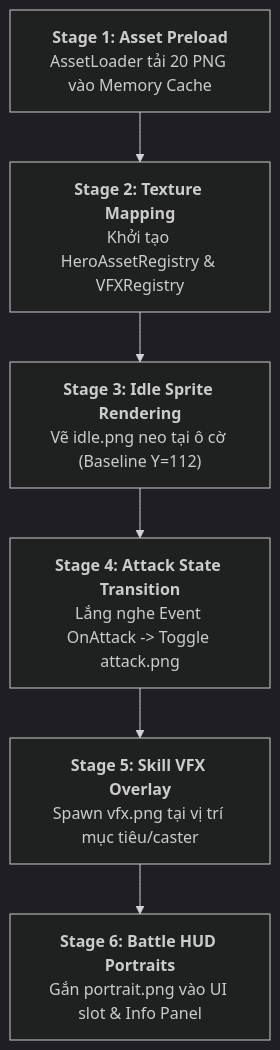
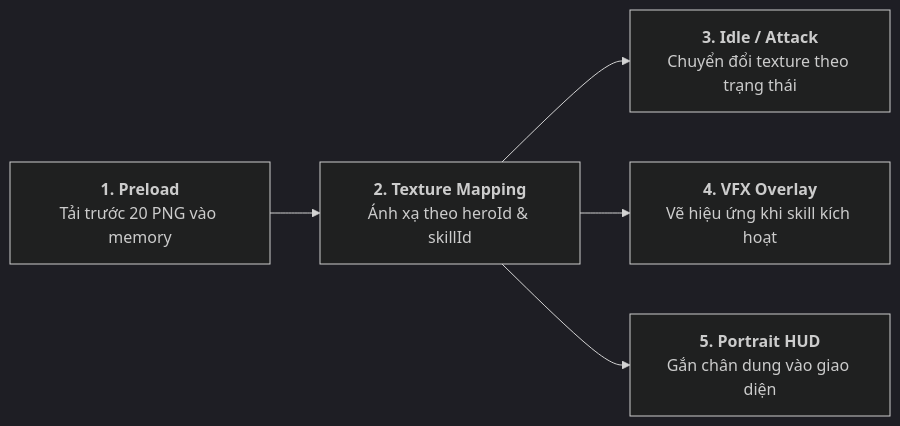
The diagram in docs/drafts/assets/prototype/runtime-integration-handoff.md (LightDucan/HuyenSu-TD), drawn with Mermaid (dark theme) before and after one commit. The commit also changed other lines of this file and 2 other files, not shown here.

````diff
--- a/docs/drafts/assets/prototype/runtime-integration-handoff.md
+++ b/docs/drafts/assets/prototype/runtime-integration-handoff.md
@@ -23,11 +24,7 @@
 ```mermaid
-flowchart TD
-    S1["<b>Stage 1: Asset Preload</b><br>AssetLoader tải 20 PNG vào Memory Cache"]
-    S2["<b>Stage 2: Texture Mapping</b><br>Khởi tạo HeroAssetRegistry & VFXRegistry"]
-    S3["<b>Stage 3: Idle Sprite Rendering</b><br>Vẽ idle.png neo tại ô cờ (Baseline Y=112)"]
-    S4["<b>Stage 4: Attack State Transition</b><br>Lắng nghe Event OnAttack -> Toggle attack.png"]
-    S5["<b>Stage 5: Skill VFX Overlay</b><br>Spawn vfx.png tại vị trí mục tiêu/caster"]
-    S6["<b>Stage 6: Battle HUD Portraits</b><br>Gắn portrait.png vào UI slot & Info Panel"]
-
-    S1 --> S2 --> S3 --> S4 --> S5 --> S6
+flowchart LR
+    A["<b>1. Preload</b><br>Tải trước 20 PNG vào memory"] --> B["<b>2. Texture Mapping</b><br>Ánh xạ theo heroId & skillId"]
+    B --> C["<b>3. Idle / Attack</b><br>Chuyển đổi texture theo trạng thái"]
+    B --> D["<b>4. VFX Overlay</b><br>Vẽ hiệu ứng khi skill kích hoạt"]
+    B --> E["<b>5. Portrait HUD</b><br>Gắn chân dung vào giao diện"]
 ```
````
